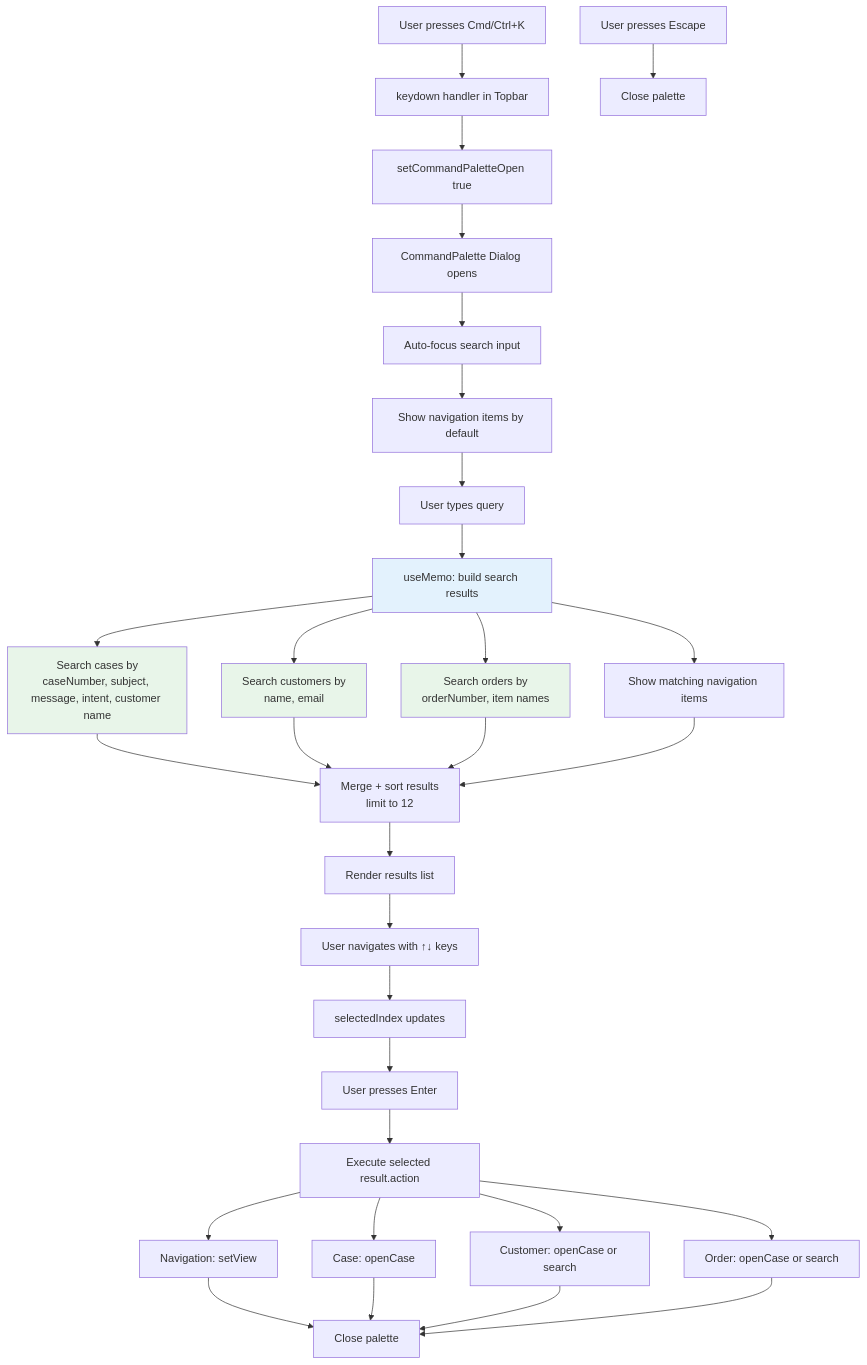
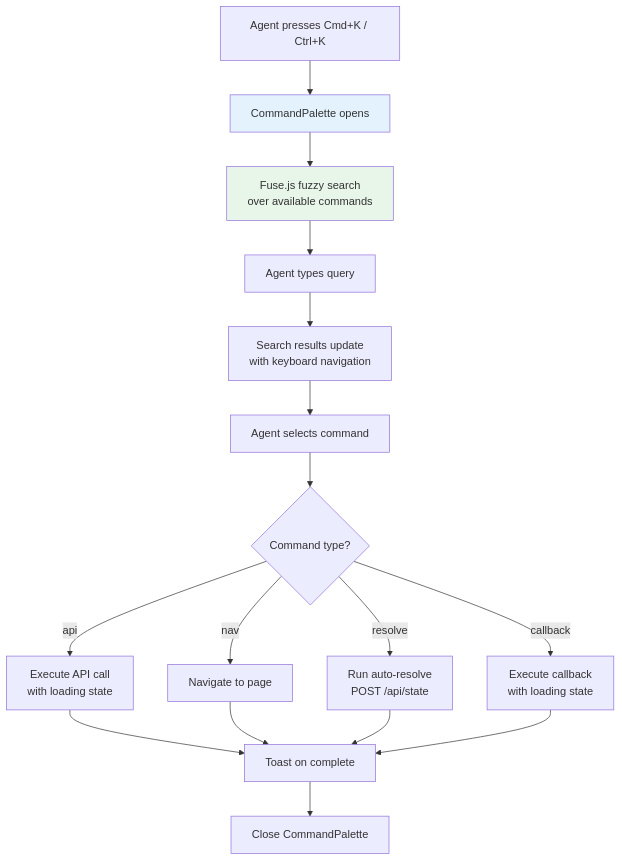
Diagram 21 of 26 in README.md (rmn2178/TENTACLE), drawn with Mermaid before and after one commit. The commit also changed other lines of this file and 14 other files, not shown here.

````diff
--- a/README.md
+++ b/README.md
@@ -1232,40 +1169,21 @@
 ```mermaid
 flowchart TD
-    A[User presses Cmd/Ctrl+K] --> A1[keydown handler in Topbar]
-    A1 --> A2[setCommandPaletteOpen true]
-    A2 --> B[CommandPalette Dialog opens]
-    B --> C[Auto-focus search input]
-    C --> D[Show navigation items by default]
-    D --> E[User types query]
+    A[Agent presses Cmd+K / Ctrl+K] --> B[CommandPalette opens]
+    B --> C[Fuse.js fuzzy search<br/>over available commands]
+    C --> D[Agent types query]
+    D --> E[Search results update<br/>with keyboard navigation]
+    E --> F[Agent selects command]
+    F --> G{Command type?}
+    G -- api --> H[Execute API call<br/>with loading state]
+    G -- nav --> I[Navigate to page]
+    G -- resolve --> J[Run auto-resolve<br/>POST /api/state]
+    G -- callback --> K[Execute callback<br/>with loading state]
+    H --> L[Toast on complete]
+    I --> L
+    J --> L
+    K --> L
+    L --> M[Close CommandPalette]
 
-    E --> F[useMemo: build search results]
-    F --> F1[Search cases by<br/>caseNumber, subject, message, intent, customer name]
-    F --> F2[Search customers by<br/>name, email]
-    F --> F3[Search orders by<br/>orderNumber, item names]
-    F --> F4[Show matching navigation items]
-    F1 --> G[Merge + sort results<br/>limit to 12]
-    F2 --> G
-    F3 --> G
-    F4 --> G
-
-    G --> H[Render results list]
-    H --> I[User navigates with ↑↓ keys]
-    I --> J[selectedIndex updates]
-    J --> K[User presses Enter]
-    K --> L[Execute selected result.action]
-    L --> L1[Navigation: setView]
-    L --> L2[Case: openCase]
-    L --> L3[Customer: openCase or search]
-    L --> L4[Order: openCase or search]
-    L1 --> M[Close palette]
-    L2 --> M
-    L3 --> M
-    L4 --> M
-
-    N[User presses Escape] --> N1[Close palette]
-
-    style F fill:#e3f2fd
-    style F1 fill:#e8f5e9
-    style F2 fill:#e8f5e9
-    style F3 fill:#e8f5e9
+    style B fill:#e3f2fd
+    style C fill:#e8f5e9
 ```
````
